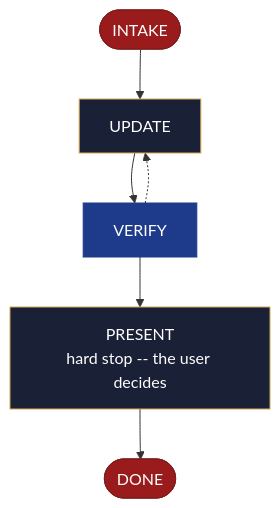
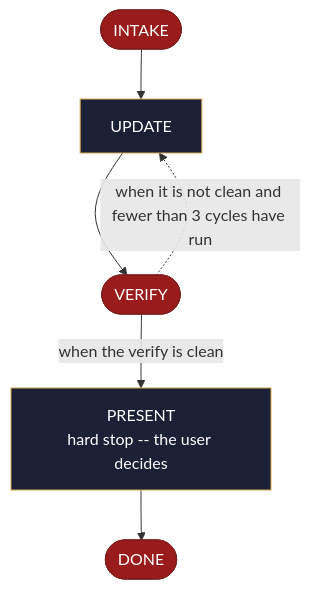
The diagram in site/src/content/docs/skills/aid-update-architecture.md (AndreVianna/aid-methodology), drawn with Mermaid before and after one commit. The commit also changed other lines of this file and 258 other files, not shown here.

````diff
--- a/site/src/content/docs/skills/aid-update-architecture.md
+++ b/site/src/content/docs/skills/aid-update-architecture.md
@@ -20,29 +20,29 @@
 ```mermaid
 flowchart TB
   classDef aidNode color:#fff
   classDef aidEntry fill:#166534,stroke:#14532d,color:#fff
   classDef aidExit fill:#991b1b,stroke:#7f1d1d,color:#fff
   classDef aidDecision fill:#92400e,stroke:#78350f,color:#fff
   classDef aidLoopBack fill:#1e3a8a,stroke:#1e3a8a,color:#fff
   classDef aidStep fill:#1a2035,stroke:#d4a853,color:#f1f5f9
   n1(["INTAKE"])
   n2["UPDATE"]
-  n3["VERIFY"]
+  n3(["VERIFY"])
   n4["PRESENT<br/>hard stop -- the user decides"]
   n5(["DONE"])
   n1 --> n2
   n2 --> n3
-  n3 -.-> n2
-  n3 --> n4
+  n3 -. "when it is not clean and fewer than 3 cycles have run" .-> n2
+  n3 -->|"when the verify is clean"| n4
   n4 --> n5
   class n1 aidExit
   class n2 aidStep
-  class n3 aidLoopBack
+  class n3 aidExit
   class n4 aidStep
   class n5 aidExit
   class n1 aidNode
   class n2 aidNode
   class n3 aidNode
   class n4 aidNode
   class n5 aidNode
 ```
````
